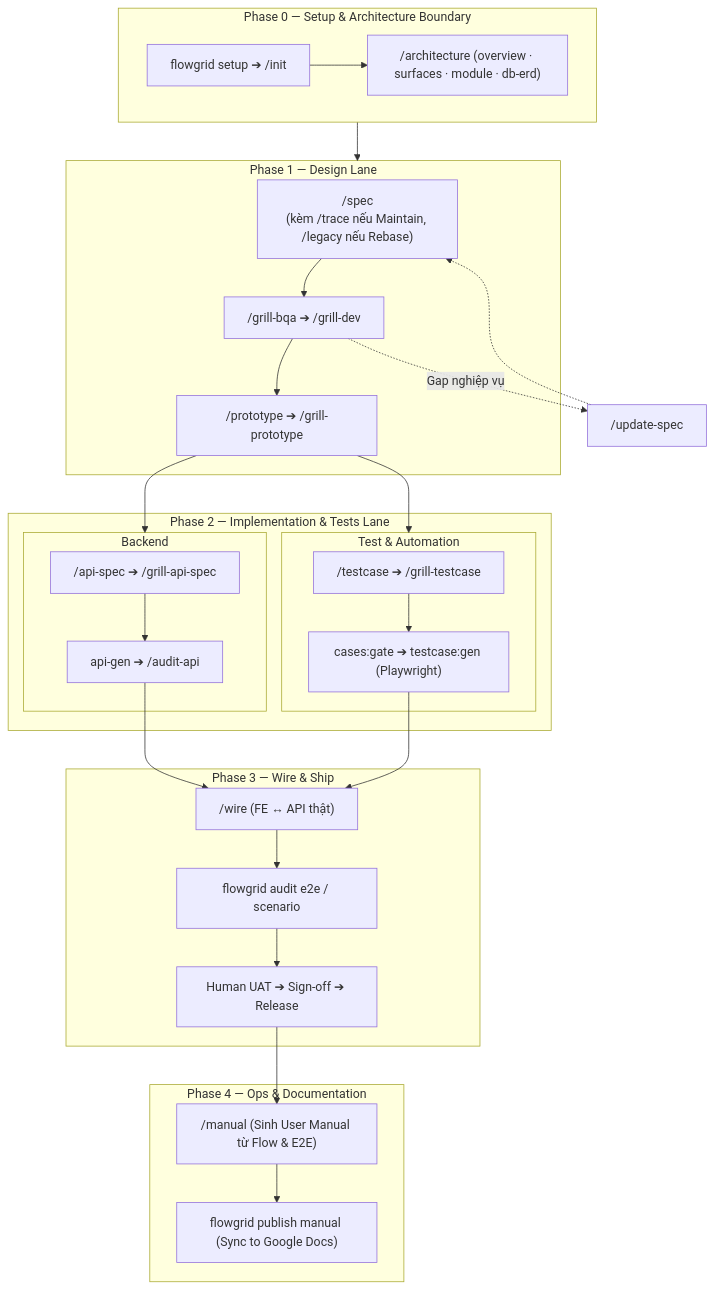
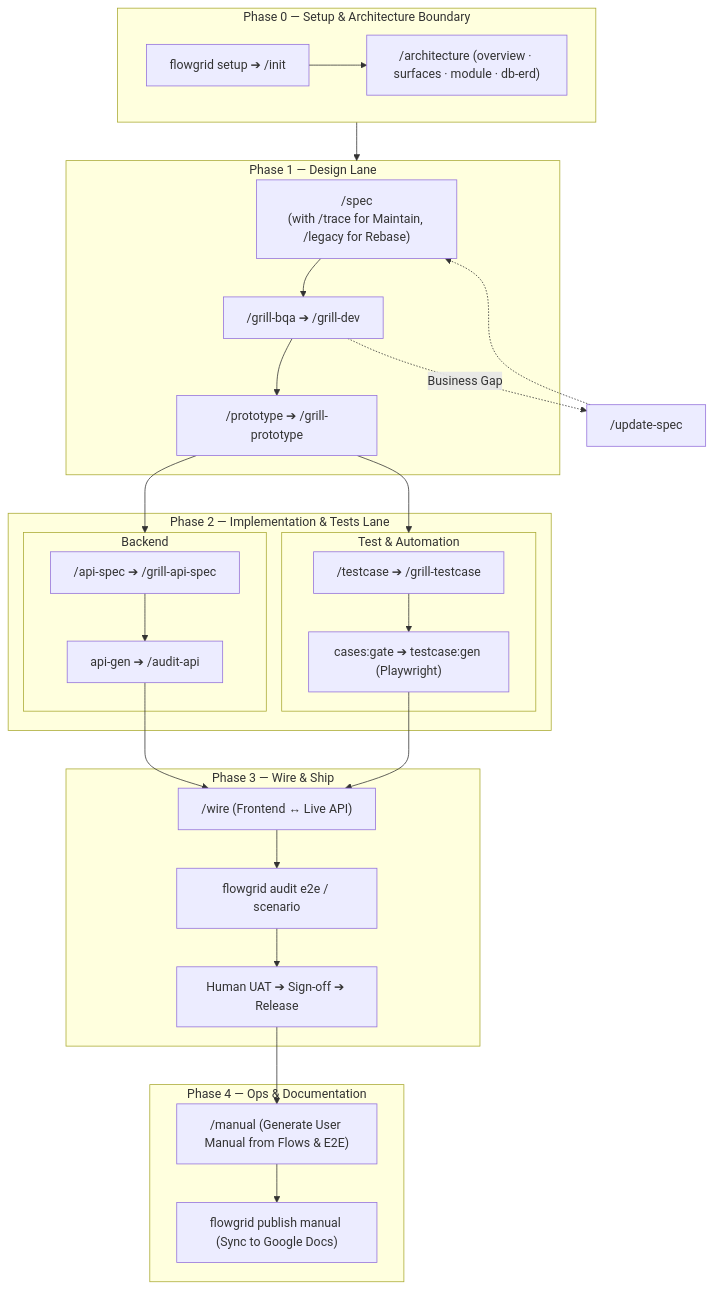
Before and after one commit to ShanYuCoder/flowgrid-docs: the diagram in workflows/index.md, drawn with Mermaid. The commit also changed other lines of this file and 348 other files, not shown here.

````diff
--- a/workflows/index.md
+++ b/workflows/index.md
@@ -24,52 +24,52 @@
 ```mermaid
 flowchart TD
   subgraph P0["Phase 0 — Setup & Architecture Boundary"]
     INIT["flowgrid setup ➔ /init"]
     ARC["/architecture (overview · surfaces · module · db-erd)"]
     INIT --> ARC
   end
 
   subgraph P1["Phase 1 — Design Lane"]
-    SPEC["/spec<br/>(kèm /trace nếu Maintain, /legacy nếu Rebase)"]
+    SPEC["/spec<br/>(with /trace for Maintain, /legacy for Rebase)"]
     GRILL["/grill-bqa ➔ /grill-dev"]
     PROTO["/prototype ➔ /grill-prototype"]
     SPEC --> GRILL --> PROTO
   end
 
   subgraph P2["Phase 2 — Implementation & Tests Lane"]
     subgraph P2_BE["Backend"]
       API_SPEC["/api-spec ➔ /grill-api-spec"]
       API_GEN["api-gen ➔ /audit-api"]
       API_SPEC --> API_GEN
     end
     subgraph P2_TEST["Test & Automation"]
       TC["/testcase ➔ /grill-testcase"]
       E2E["cases:gate ➔ testcase:gen (Playwright)"]
       TC --> E2E
     end
   end
 
   subgraph P3["Phase 3 — Wire & Ship"]
-    WIRE["/wire (FE ↔ API thật)"]
+    WIRE["/wire (Frontend ↔ Live API)"]
     AUDIT["flowgrid audit e2e / scenario"]
     SHIP["Human UAT ➔ Sign-off ➔ Release"]
     WIRE --> AUDIT --> SHIP
   end
 
   subgraph P4["Phase 4 — Ops & Documentation"]
-    MANUAL["/manual (Sinh User Manual từ Flow & E2E)"]
+    MANUAL["/manual (Generate User Manual from Flows & E2E)"]
     PUBLISH["flowgrid publish manual (Sync to Google Docs)"]
     MANUAL --> PUBLISH
   end
 
   P0 --> P1
   PROTO --> P2_BE
   PROTO --> P2_TEST
   API_GEN --> WIRE
   E2E --> WIRE
   SHIP --> MANUAL
 
   US["/update-spec"]
-  GRILL -.->|Gap nghiệp vụ| US
+  GRILL -.->|Business Gap| US
   US -.-> SPEC
 ```
````
